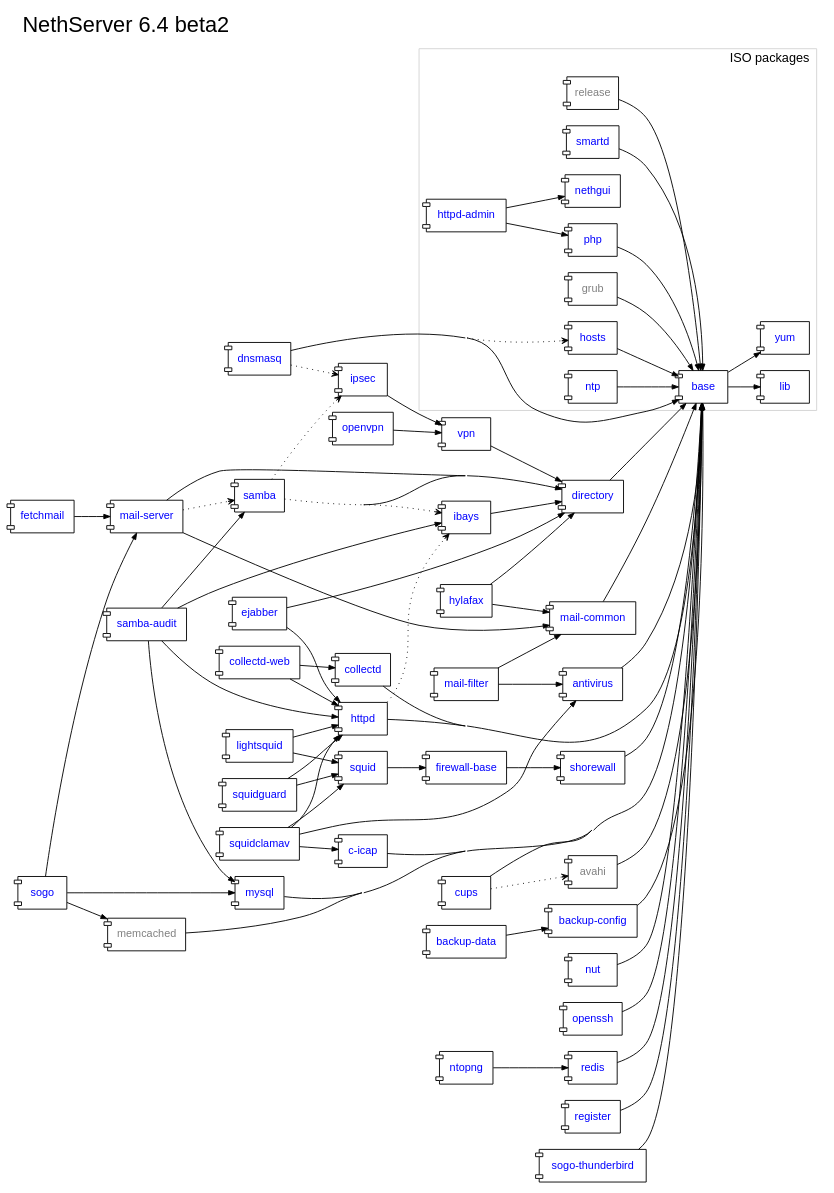
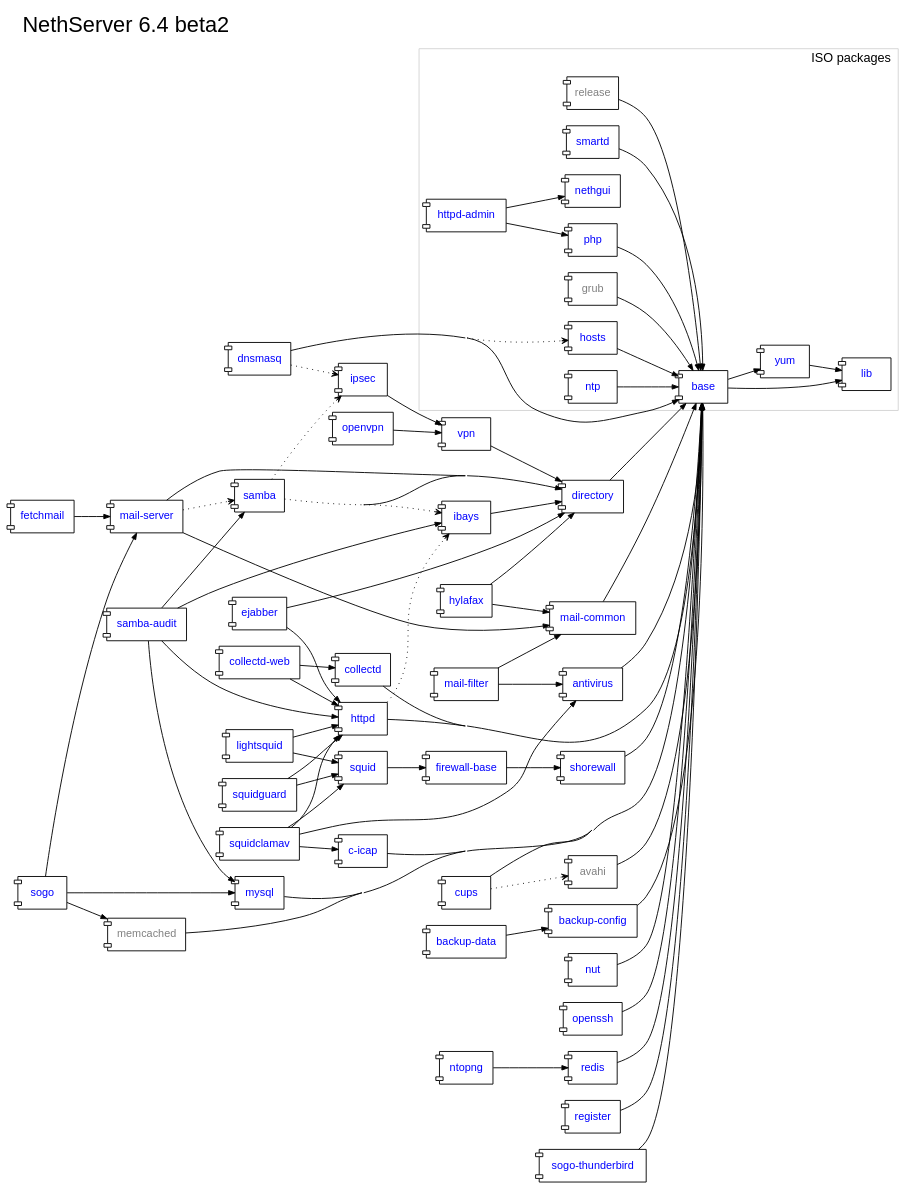
Before and after one commit to nethesis/dev-nethesis-it: the diagram in nethserver/package-dependencies.dot, drawn with Graphviz.

Commit message:
Added dependency yum -> lib. Refs #2029

```diff
--- a/nethserver/package-dependencies.dot
+++ b/nethserver/package-dependencies.dot
@@ -1,148 +1,149 @@
 digraph "v6.4-beta2" {
 	rankdir = "LR";
 	compound = true;
 	concentrate = true;
 	label="NethServer 6.4 beta2";
 	fontsize = 24.0
 	labelloc = "t";
 	labeljust = "l";
 	fontname="sans-serif";
 	
 
 	node [shape="component",fontname="sans-serif",fontcolor=blue,fontsize=12.0];
 	edge [arrowsize=0.7];
 
 	subgraph {
 		antivirus [URL="http://dev.nethesis.it/projects/nethserver/wiki/nethserver-antivirus"];
 		avahi [fontcolor=gray];
 		backup_config [label="backup-config",URL="http://dev.nethesis.it/projects/nethserver/wiki/nethserver-backup"];
 		backup_data [label="backup-data",URL="http://dev.nethesis.it/projects/nethserver/wiki/nethserver-backup"];   
 		c_icap [label="c-icap",URL="http://dev.nethesis.it/projects/nethserver/wiki/nethserver-c-icap"];
 		collectd [URL="http://dev.nethesis.it/projects/nethserver/wiki/nethserver-collectd"];
 		collectd_web [label="collectd-web",URL="http://dev.nethesis.it/projects/nethserver/wiki/nethserver-collectd-web"];
 		cups [URL="http://dev.nethesis.it/projects/nethserver-cups/wiki/nethserver-cups"];
 		directory [URL="http://dev.nethesis.it/projects/nethserver/wiki/nethserver-directory"];
 		dnsmasq [URL="http://dev.nethesis.it/projects/nethserver/wiki/nethserver-dnsmasq"];
 		ejabber [URL="http://dev.nethesis.it/projects/nethserver-ejabberd/wiki/nethserver-ejabberd"];
 		fetchmail [URL="http://dev.nethesis.it/projects/nethserver-fetchmail/wiki/nethserver-fetchmail"];
 		firewall_base [label="firewall-base",URL="http://dev.nethesis.it/projects/nethserver-ejabberd/wiki/nethserver-firewall-base"];
 		httpd [URL="http://dev.nethesis.it/projects/nethserver/wiki/nethserver-httpd"];
 		hylafax [URL="http://dev.nethesis.it/projects/nethserver-hylafax/wiki/nethserver-hylafax"];
 		ibays [URL="http://dev.nethesis.it/projects/nethserver/wiki/nethserver-ibays"];
 		ipsec [URL="http://dev.nethesis.it/projects/nethserver/wiki/nethserver-ipsec"];    
 		lightsquid [URL="http://dev.nethesis.it/projects/nethserver/wiki/nethserver-lightsquid"];
 		mail_common [label="mail-common",URL="http://dev.nethesis.it/projects/nethserver/wiki/nethserver-mail-common"];
 		mail_filter [label="mail-filter",URL="http://dev.nethesis.it/projects/nethserver/wiki/nethserver-mail-filter"];
 		mail_server [label="mail-server",URL="http://dev.nethesis.it/projects/nethserver/wiki/nethserver-mail-server"];
 		memcached [fontcolor=gray];
 		mysql [URL="http://dev.nethesis.it/projects/nethserver/wiki/nethserver-mysql"];
 		ntopng [URL="http://dev.nethesis.it/projects/nethserver/wiki/nethserver-ntopng"];
 		nut [URL="http://dev.nethesis.it/projects/nethserver/wiki/nethserver-nut"];
 		openssh [URL="http://dev.nethesis.it/projects/nethserver/wiki/nethserver-openssh"];
 		openvpn [URL="http://dev.nethesis.it/projects/nethserver/wiki/nethserver-openvpn"];
 		redis [URL="http://dev.nethesis.it/projects/nethserver/wiki/nethserver-redis"];
 		register [URL="http://dev.nethesis.it/projects/nethserver/wiki/nethserver-register"];
 		samba [URL="http://dev.nethesis.it/projects/nethserver/wiki/nethserver-samba"];
 		samba_audit [label="samba-audit",URL="http://dev.nethesis.it/projects/nethserver/wiki/nethserver-samba-audit"];
 		shorewall [URL="https://dev.nethesis.it/projects/nethserver/wiki/nethserver-shorewall"];        
 		sogo [URL="https://dev.nethesis.it/projects/nethserver/wiki/nethserver-sogo"];
 		sogo_thunderbird [label="sogo-thunderbird",URL="https://dev.nethesis.it/projects/nethserver/wiki/nethserver-sogo-thunderbird"];
 		squid [URL="https://dev.nethesis.it/projects/nethserver/wiki/nethserver-squid"];
 		squidclamav [URL="https://dev.nethesis.it/projects/nethserver/wiki/nethserver-squidclamav"];
 		squidguard [URL="https://dev.nethesis.it/projects/nethserver/wiki/nethserver-squidguard"];
 		vpn [URL="http://dev.nethesis.it/projects/nethserver/wiki/nethserver-vpn"];
 		
 		subgraph cluster_iso {
 			label="ISO packages"
 			color=lightgray
 			labelloc = "t";
 			labeljust = "r";
 			fontsize = 14.0
 			base [URL="http://dev.nethesis.it/projects/nethserver/wiki/nethserver-base"];
 			grub [fontcolor=gray];
 			hosts [URL="http://dev.nethesis.it/projects/nethserver/wiki/nethserver-hosts"];			
 			httpd_admin [label="httpd-admin",URL="http://dev.nethesis.it/projects/nethserver/wiki/nethserver-httpd-admin"];
 			lib [URL="http://dev.nethesis.it/projects/nethserver/wiki/nethserver-lib"];
 			nethgui [URL="http://dev.nethesis.it/projects/nethgui"];
 			ntp [URL="http://dev.nethesis.it/projects/nethserver/wiki/nethserver-ntp"];
 			php [URL="http://dev.nethesis.it/projects/nethserver/wiki/nethserver-php"];			
 			release [fontcolor=gray];
 			smartd [URL="https://dev.nethesis.it/projects/nethserver/wiki/nethserver-smartd"];
 			yum [URL="http://dev.nethesis.it/projects/nethserver/wiki/nethserver-yum"];
 		}
 	}
 
 	
 	antivirus -> base
 	avahi -> base
 	backup_config -> base
 	backup_data -> backup_config
 	base -> lib
 	base -> yum
+	yum -> lib
 	c_icap -> base
 	collectd -> base
 	collectd_web -> collectd
 	collectd_web -> httpd
 	cups -> base
 	directory -> base
 	dnsmasq -> base
 	ejabber -> directory
 	ejabber -> httpd
 	fetchmail -> mail_server
 	firewall_base -> shorewall
 	grub -> base
 	hosts -> base
 	httpd -> base
 	httpd_admin -> nethgui
 	httpd_admin -> php
 	hylafax -> directory
 	hylafax -> mail_common
 	ibays -> directory
 	ipsec -> vpn
 	lightsquid -> httpd
 	lightsquid -> squid
 	mail_common -> base
 	mail_filter -> antivirus
 	mail_filter -> mail_common
 	mail_server -> directory
 	mail_server -> mail_common
 	memcached -> base
 	mysql -> base
 	ntopng -> redis
 	ntp -> base
 	nut -> base
 	openssh -> base
 	openvpn -> vpn
 	php -> base
 	redis -> base
 	register -> base
 	release -> base
 	samba -> directory
 	samba_audit -> httpd
 	samba_audit -> ibays
 	samba_audit -> mysql
 	samba_audit -> samba
 	shorewall -> base
 	smartd -> base
 	sogo -> mail_server
 	sogo -> memcached
 	sogo -> mysql
 	sogo_thunderbird -> base
 	squid -> firewall_base
 	squidclamav -> antivirus
 	squidclamav -> c_icap
 	squidclamav -> httpd
 	squidclamav -> squid
 	squidguard -> httpd
 	squidguard -> squid
 	vpn -> directory
 
 	cups -> avahi [style=dotted,arrowhead=vee];
 	dnsmasq -> hosts [style=dotted,arrowhead=vee];
 	dnsmasq -> ipsec [style=dotted,arrowhead=vee];    
 	httpd -> ibays [style=dotted,arrowhead=vee];
 	mail_server -> samba [style=dotted,arrowhead=vee];    
 	samba -> ibays [style=dotted,arrowhead=vee];
 	samba -> ipsec [style=dotted,arrowhead=vee];   
 	
 }
```
